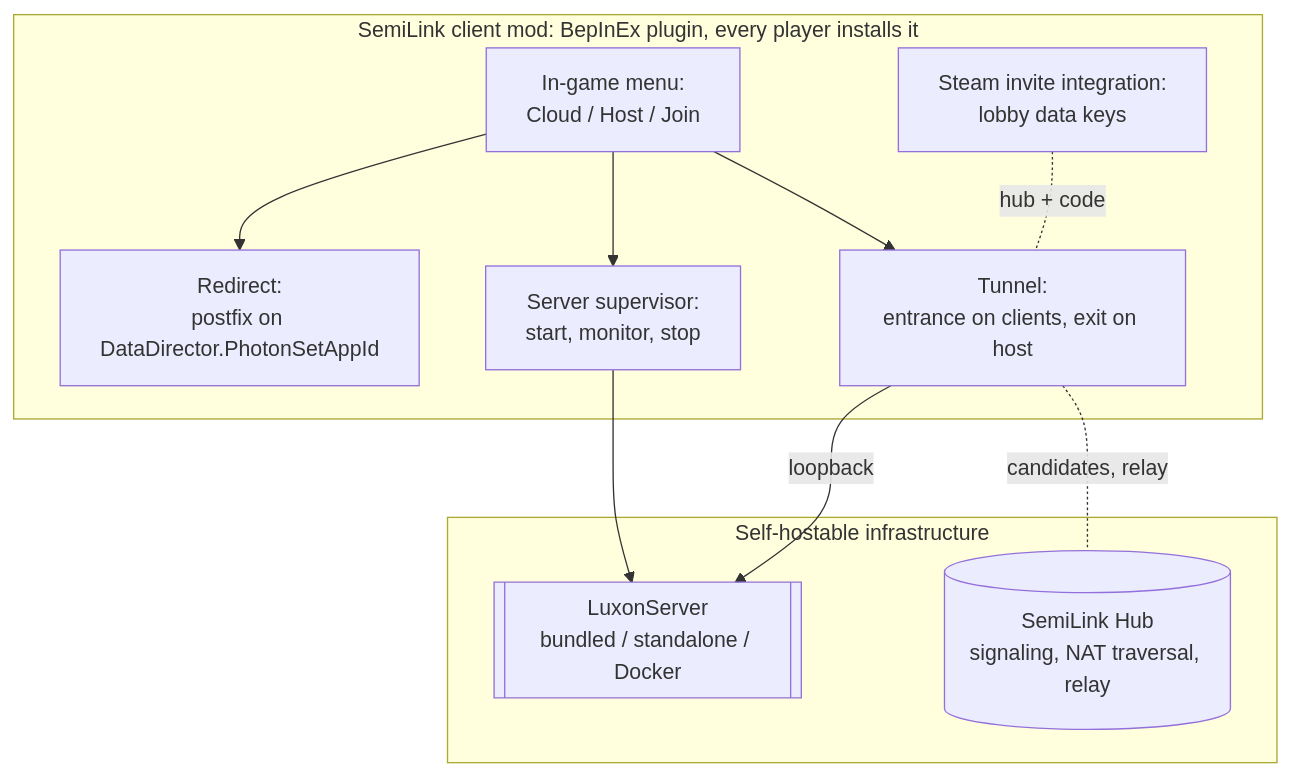
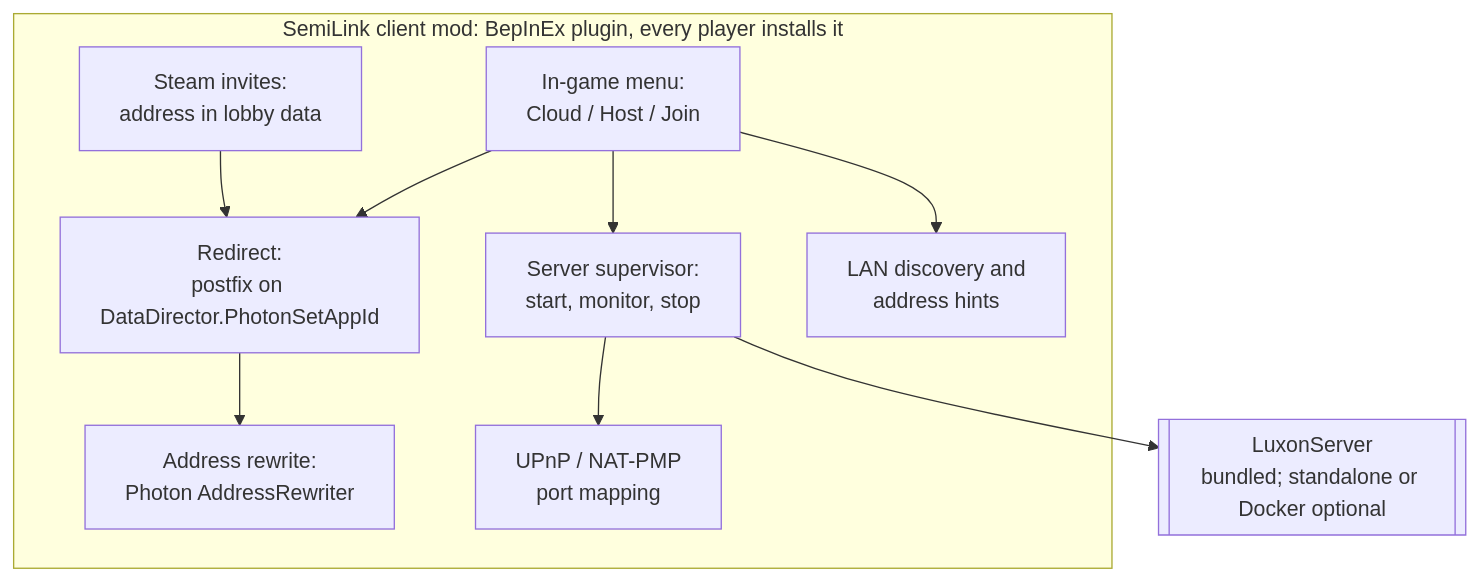
The third of 4 diagrams in docs/architecture.md (haulnet/haulnet-repo), drawn with Mermaid before and after one commit. The commit also changed other lines of this file and 15 other files, not shown here.

First line of the commit message:
docs: make plain-IP LAN play the core, connection helper optional

````diff
--- a/docs/architecture.md
+++ b/docs/architecture.md
@@ -35,20 +34,18 @@
 ```mermaid
 flowchart TB
     subgraph mod[SemiLink client mod: BepInEx plugin, every player installs it]
         UI[In-game menu:<br/>Cloud / Host / Join]
         PATCH[Redirect:<br/>postfix on DataDirector.PhotonSetAppId]
-        TUN[Tunnel:<br/>entrance on clients, exit on host]
+        REW[Address rewrite:<br/>Photon AddressRewriter]
         LAUNCH[Server supervisor:<br/>start, monitor, stop]
-        INV[Steam invite integration:<br/>lobby data keys]
+        DISC[LAN discovery and<br/>address hints]
+        INV[Steam invites:<br/>address in lobby data]
+        UPNP[UPnP / NAT-PMP<br/>port mapping]
     end
-    subgraph infra[Self-hostable infrastructure]
-        L[[LuxonServer<br/>bundled / standalone / Docker]]
-        HUB[(SemiLink Hub<br/>signaling, NAT traversal, relay)]
-    end
-    UI --> PATCH
+    L[[LuxonServer<br/>bundled; standalone or Docker optional]]
+    UI --> PATCH --> REW
     UI --> LAUNCH --> L
-    UI --> TUN
-    TUN -. candidates, relay .- HUB
-    TUN -- loopback --> L
-    INV -. hub + code .- TUN
+    UI --> DISC
+    LAUNCH --> UPNP
+    INV --> PATCH
 ```
````
